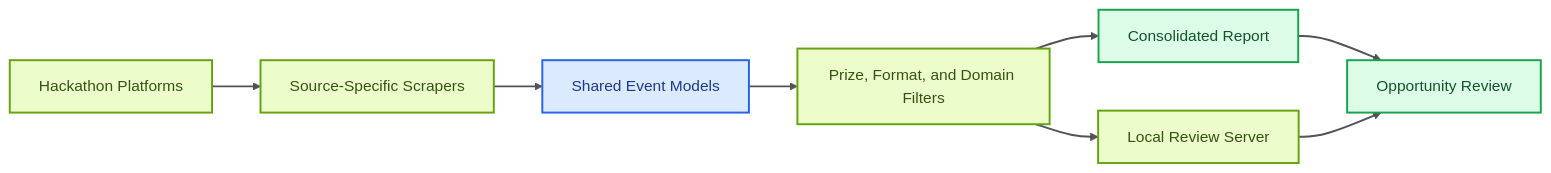
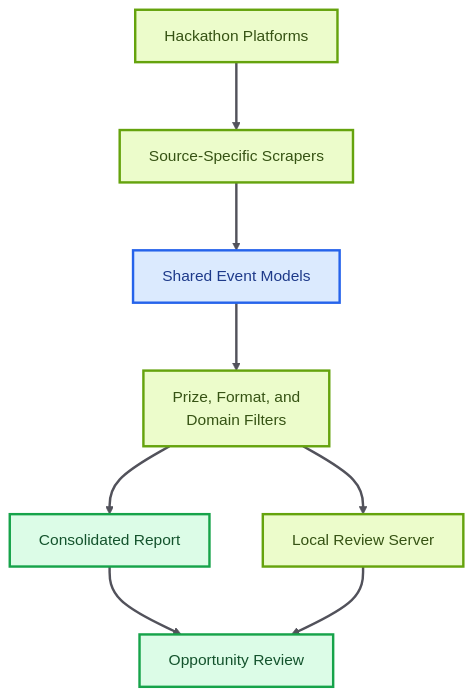
One commit to skx56/Hack-Search changed the diagram in README.md. Above: the diagram before and after it, drawn with Mermaid.

Commit message:
Make README architecture diagram vertical

````diff
--- a/README.md
+++ b/README.md
@@ -29,20 +29,21 @@
 ```mermaid
-flowchart LR
+%%{init: {"flowchart": {"nodeSpacing": 55, "rankSpacing": 70, "curve": "basis"}, "themeVariables": {"fontSize": "16px", "fontFamily": "Inter, ui-sans-serif, system-ui, -apple-system, BlinkMacSystemFont, Segoe UI, sans-serif"}}}%%
+flowchart TD
   Platforms["Hackathon Platforms"] --> Adapters["Source-Specific Scrapers"]
   Adapters --> Models["Shared Event Models"]
-  Models --> Focus["Prize, Format, and Domain Filters"]
+  Models --> Focus["Prize, Format, and<br/>Domain Filters"]
   Focus --> Report["Consolidated Report"]
   Focus --> Server["Local Review Server"]
   Report --> Review["Opportunity Review"]
   Server --> Review
 
-  classDef inputs fill:#FEE2E2,stroke:#DC2626,color:#7F1D1D,stroke-width:2px;
-  classDef process fill:#ECFCCB,stroke:#65A30D,color:#365314,stroke-width:2px;
-  classDef data fill:#DBEAFE,stroke:#2563EB,color:#1E3A8A,stroke-width:2px;
-  classDef agent fill:#FAE8FF,stroke:#C026D3,color:#701A75,stroke-width:2px;
-  classDef output fill:#DCFCE7,stroke:#16A34A,color:#14532D,stroke-width:2px;
+  classDef inputs fill:#FEE2E2,stroke:#DC2626,color:#7F1D1D,stroke-width:2.5px;
+  classDef process fill:#ECFCCB,stroke:#65A30D,color:#365314,stroke-width:2.5px;
+  classDef data fill:#DBEAFE,stroke:#2563EB,color:#1E3A8A,stroke-width:2.5px;
+  classDef agent fill:#FAE8FF,stroke:#C026D3,color:#701A75,stroke-width:2.5px;
+  classDef output fill:#DCFCE7,stroke:#16A34A,color:#14532D,stroke-width:2.5px;
   class Platforms,Adapters,Focus,Server process;
   class Models data;
   class Report,Review output;
-  linkStyle default stroke:#52525B,stroke-width:2px;
+  linkStyle default stroke:#52525B,stroke-width:2.5px;
 ```
````
